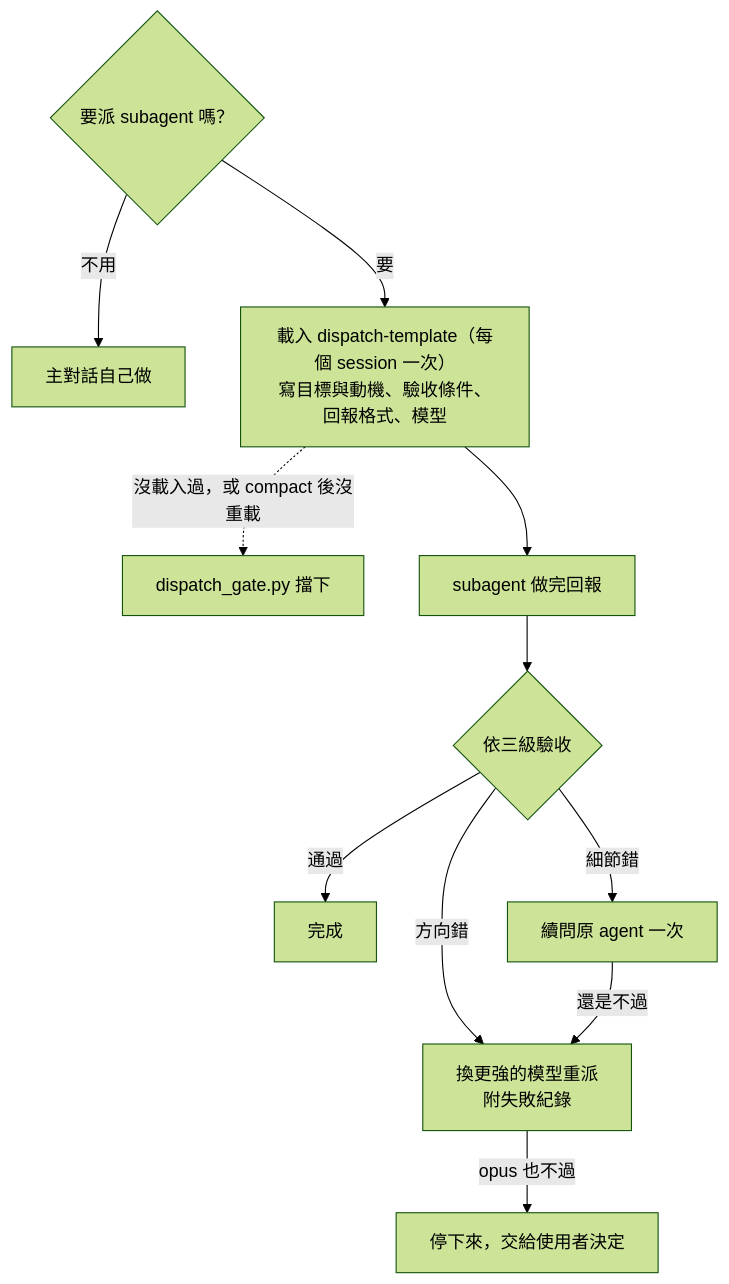
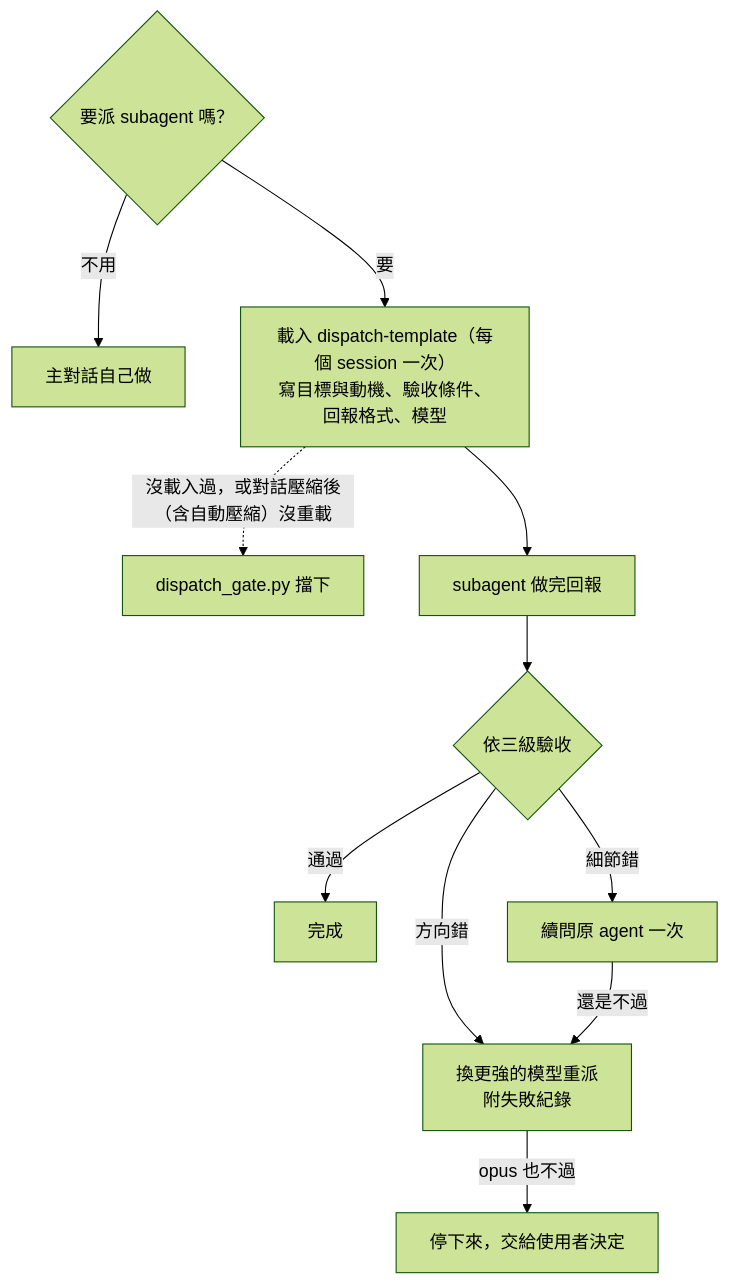
The diagram in README.md (wayhong0928/claude-workflow-template), drawn with Mermaid (forest theme) before and after one commit. The commit also changed other lines of this file and 12 other files, not shown here.

Commit message:
文件與網站：CHANGELOG 1.0.0、docs/conventions.md、圖 5／6／8 寬窄兩版與 diagram.css；README、how-it-works、index.html 依驗收修 TODO 資料流說法、句中冒號與粗體

````diff
--- a/README.md
+++ b/README.md
@@ -139,13 +150,13 @@
 ```mermaid
 flowchart TD
   A{"要派 subagent 嗎？"} -- "不用" --> Z["主對話自己做"]
   A -- "要" --> B["載入 dispatch-template（每個 session 一次）<br/>寫目標與動機、驗收條件、回報格式、模型"]
-  B -. "沒載入過，或 compact 後沒重載" .-> G["dispatch_gate.py 擋下"]
+  B -. "沒載入過，或對話壓縮後（含自動壓縮）沒重載" .-> G["dispatch_gate.py 擋下"]
   B --> C["subagent 做完回報"]
   C --> D{"依三級驗收"}
   D -- "通過" --> E["完成"]
   D -- "細節錯" --> F["續問原 agent 一次"]
   D -- "方向錯" --> U["換更強的模型重派<br/>附失敗紀錄"]
   F -- "還是不過" --> U
   U -- "opus 也不過" --> X["停下來，交給使用者決定"]
 ```
````
